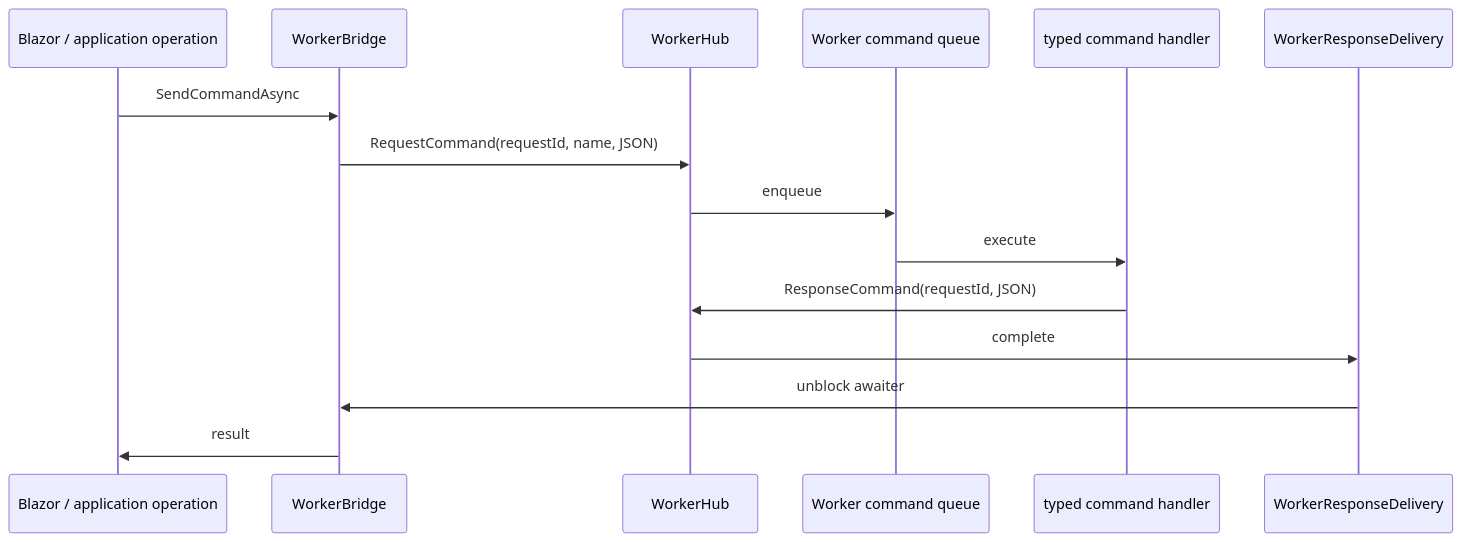
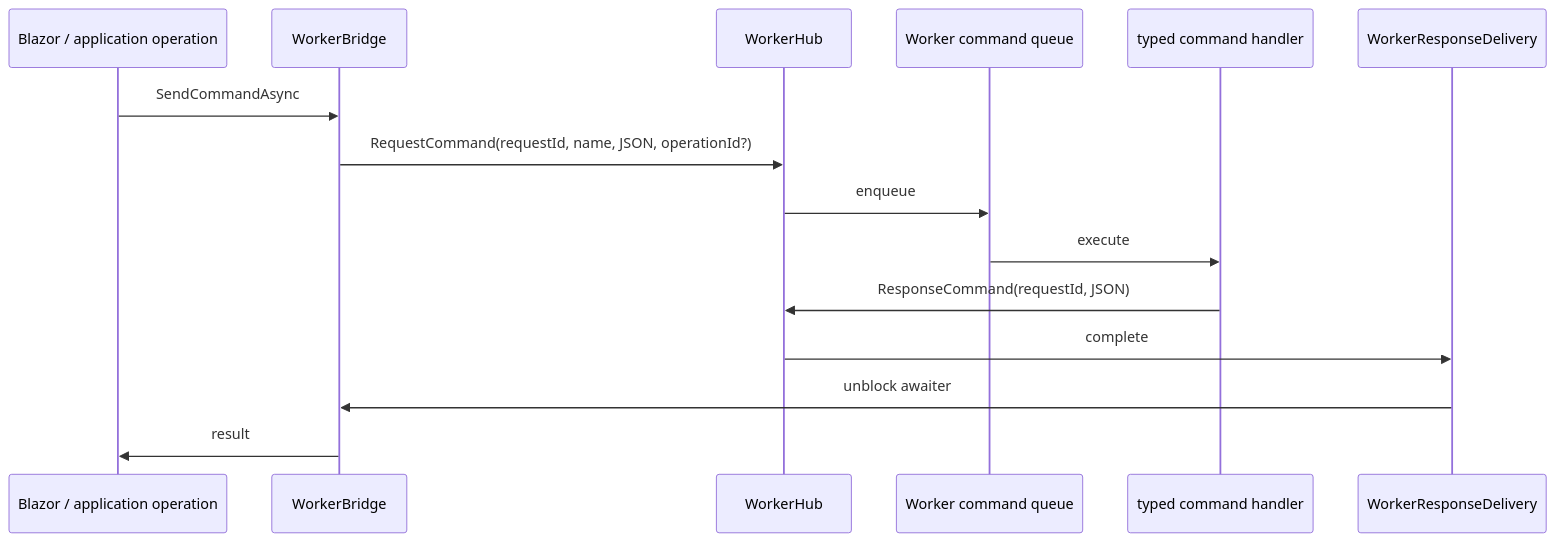
One commit to Jandini/GrayMoon changed the first of 6 diagrams in docs/architecture/04-runtime-communication-and-concurrency.md. Above: the diagram before and after it, drawn with Mermaid. The commit also changed other lines of this file and 31 other files, not shown here.

````diff
--- a/docs/architecture/04-runtime-communication-and-concurrency.md
+++ b/docs/architecture/04-runtime-communication-and-concurrency.md
@@ -9,18 +9,18 @@
 ```mermaid
 sequenceDiagram
   participant UI as Blazor / application operation
   participant Bridge as WorkerBridge
   participant Hub as WorkerHub
   participant Queue as Worker command queue
   participant Handler as typed command handler
   participant Delivery as WorkerResponseDelivery
 
   UI->>Bridge: SendCommandAsync
-  Bridge->>Hub: RequestCommand(requestId, name, JSON)
+  Bridge->>Hub: RequestCommand(requestId, name, JSON, operationId?)
   Hub->>Queue: enqueue
   Queue->>Handler: execute
   Handler->>Hub: ResponseCommand(requestId, JSON)
   Hub->>Delivery: complete
   Delivery->>Bridge: unblock awaiter
   Bridge->>UI: result
 ```
````
